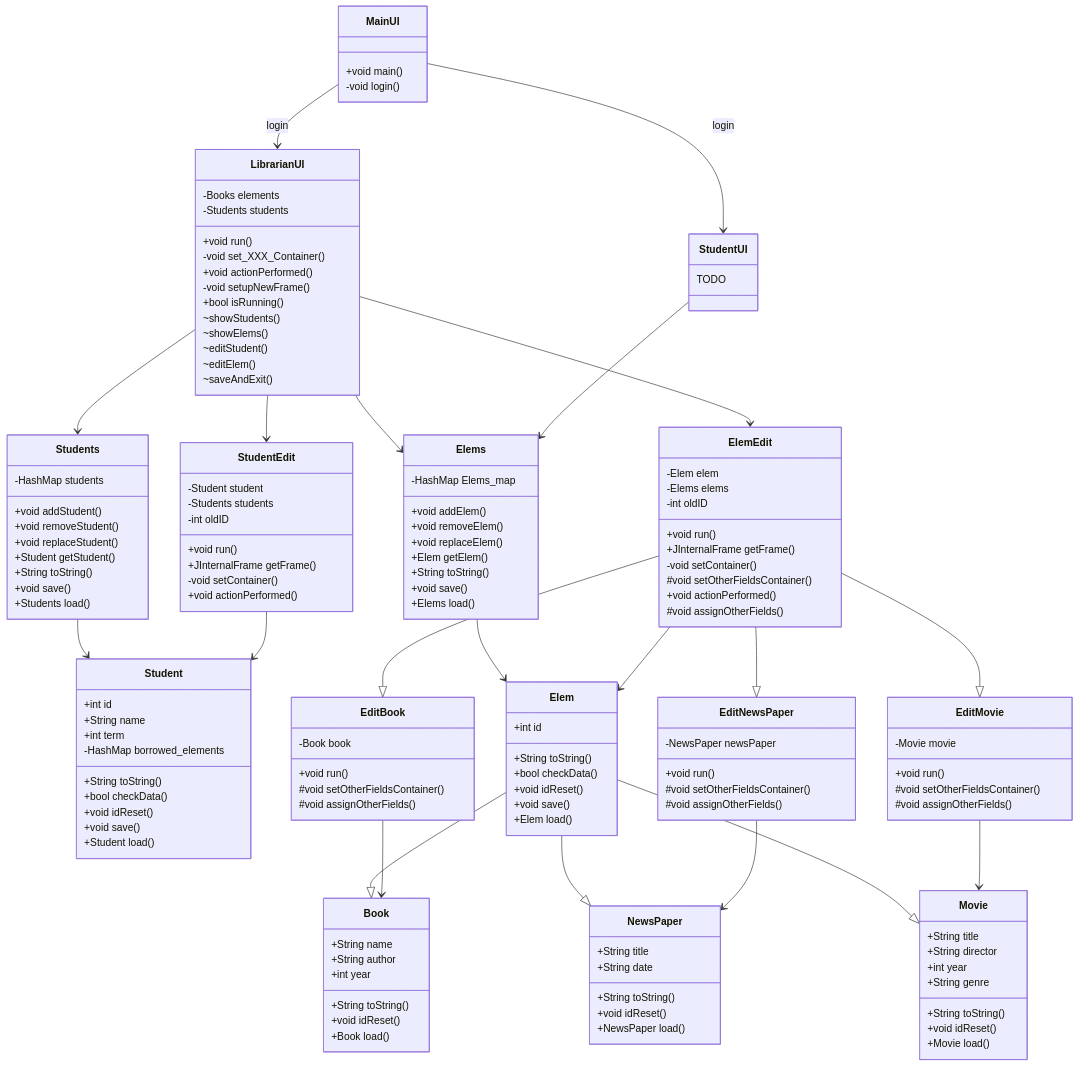
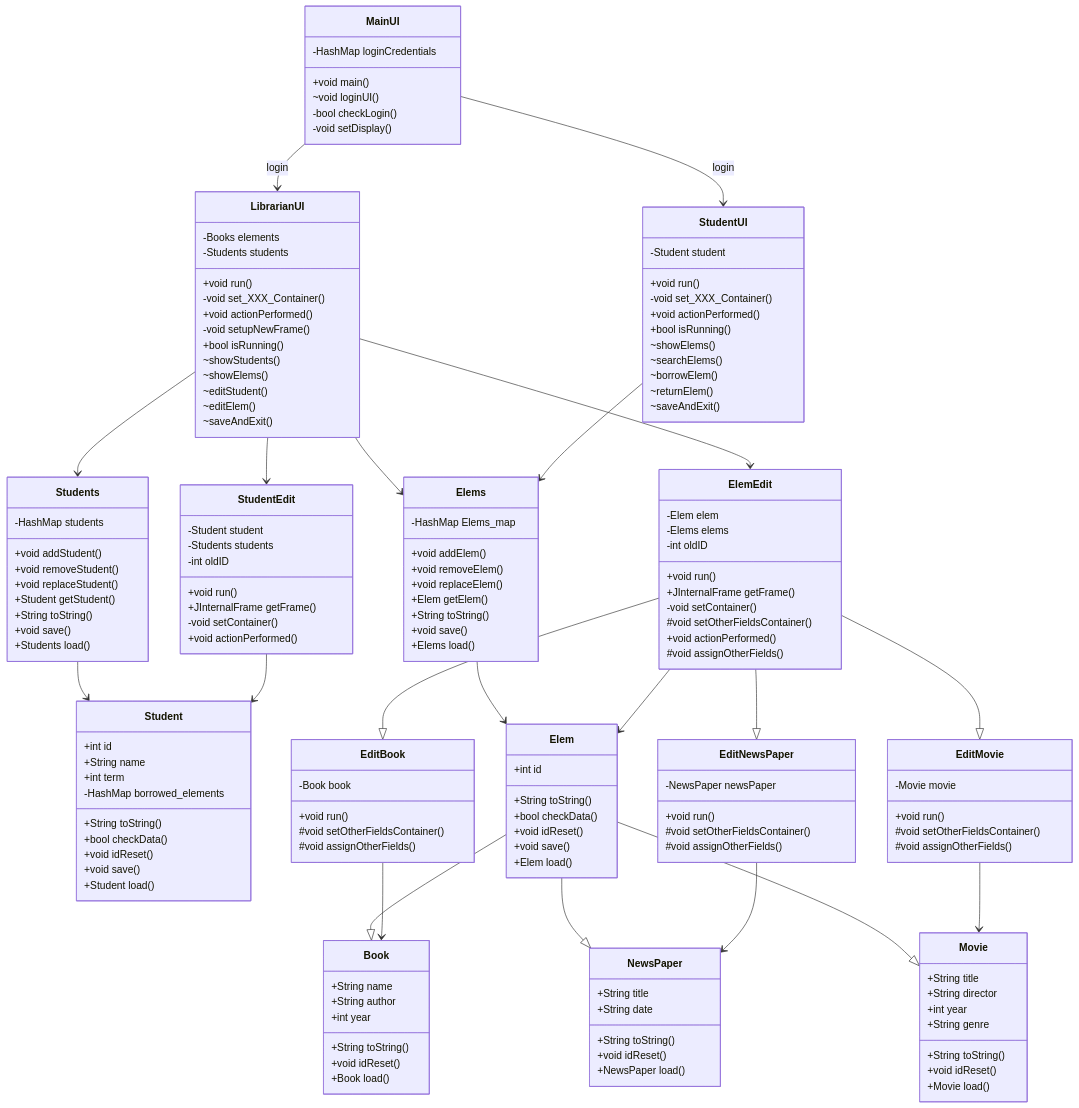
Before and after one commit to PatrykFlama/LibrarySystem: the diagram in README.md, drawn with Mermaid. The commit also changed other lines of this file, not shown here.

Commit message:
Class dependency graph finished

```diff
--- a/README.md
+++ b/README.md
@@ -41,8 +42,12 @@
     EditNewsPaper --> NewsPaper
 
     class MainUI{
+        -HashMap loginCredentials
+
         +void main()
-        -void login()
+        ~void loginUI()
+        -bool checkLogin()
+        -void setDisplay()
     }
     class LibrarianUI{
         -Books elements
@@ -61,7 +66,18 @@
         ~saveAndExit()
     }
     class StudentUI{
-        TODO
+        -Student student
+
+        +void run()
+        -void set_XXX_Container()
+        +void actionPerformed()
+        +bool isRunning()
+
+        ~showElems()
+        ~searchElems()
+        ~borrowElem()
+        ~returnElem()
+        ~saveAndExit()
     }
     class Students{
         -HashMap students
```
